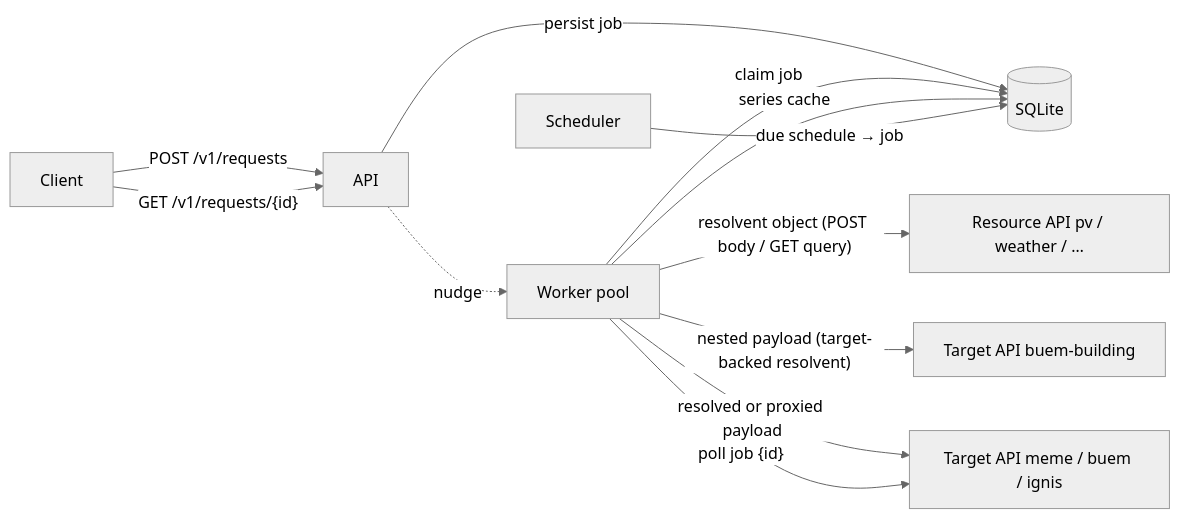
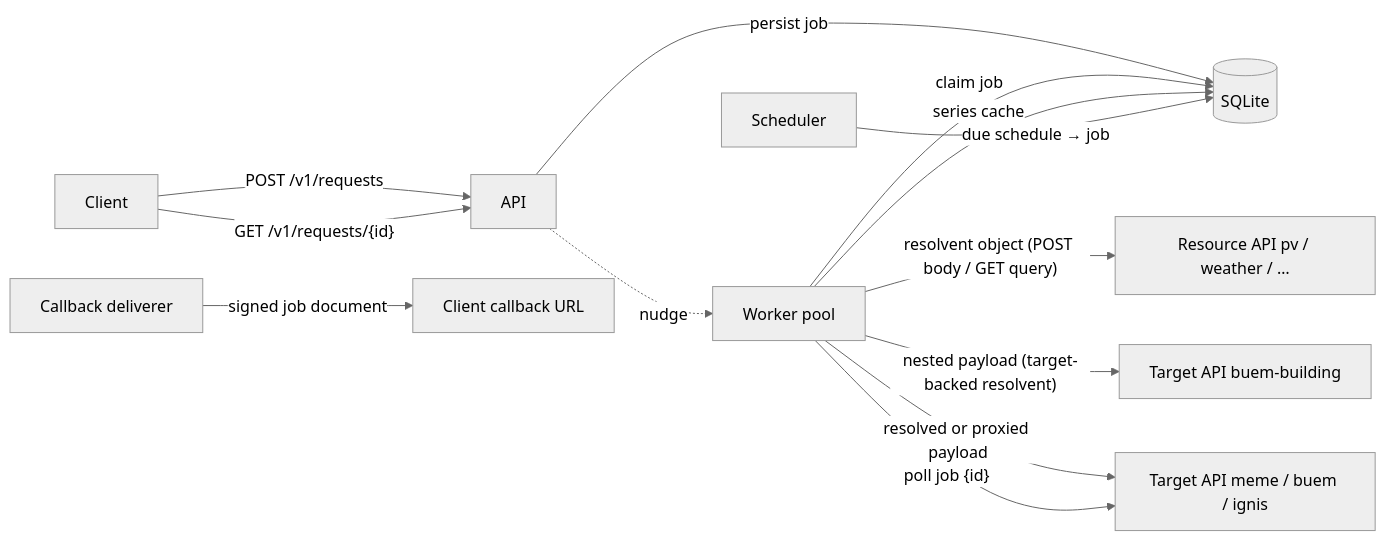
One commit to enerplanet/TentaCron changed the first of 2 diagrams in docs/architecture.md. Above: the diagram before and after it, drawn with Mermaid (neutral theme). The commit also changed other lines of this file and 61 other files, not shown here.

````diff
--- a/docs/architecture.md
+++ b/docs/architecture.md
@@ -9,14 +9,15 @@
 ```mermaid
 flowchart LR
     C[Client] -->|"POST /v1/requests"| A[API]
     C -->|"GET /v1/requests/{id}"| A
     A -->|persist job| DB[(SQLite)]
     A -.nudge.-> W[Worker pool]
     W -->|claim job| DB
     W -->|"resolvent object (POST body / GET query)"| R1[Resource API pv / weather / …]
     W -->|"nested payload (target-backed resolvent)"| T2[Target API buem-building]
     W -->|resolved or proxied payload| T[Target API meme / buem / ignis]
     W -->|"poll job {id}"| T
     W -->|series cache| DB
     S[Scheduler] -->|"due schedule → job"| DB
+    D[Callback deliverer] -->|"signed job document"| CB[Client callback URL]
 ```
````
